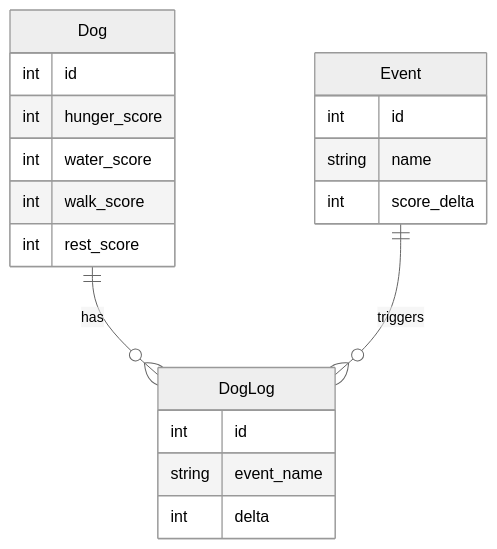
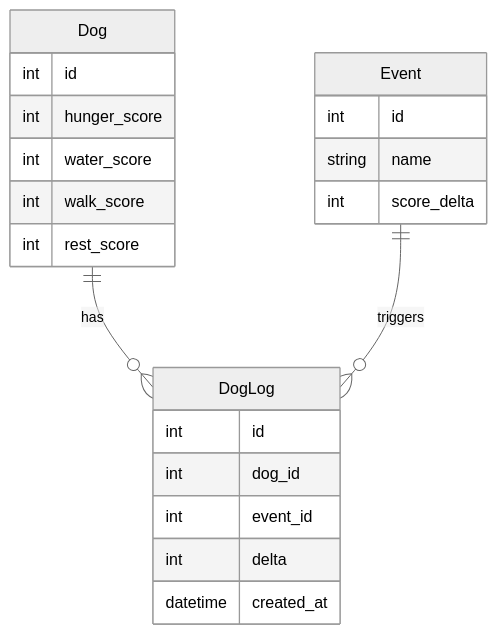
The diagram in Readme.md (QQ6K/DCT), drawn with Mermaid (neutral theme) before and after one commit.

Commit message:
Update Readme.md Mermaid 7

````diff
--- a/Readme.md
+++ b/Readme.md
@@ -219,26 +219,28 @@
 ```mermaid
 erDiagram
 
     Dog {
         int id
         int hunger_score
         int water_score
         int walk_score
         int rest_score
     }
 
     Event {
         int id
         string name
         int score_delta
     }
 
     DogLog {
         int id
-        string event_name
+        int dog_id
+        int event_id
         int delta
+        datetime created_at
     }
 
-   Dog ||--o{ DogLog : has
+    Dog ||--o{ DogLog : has
     Event ||--o{ DogLog : triggers
 ```
````
